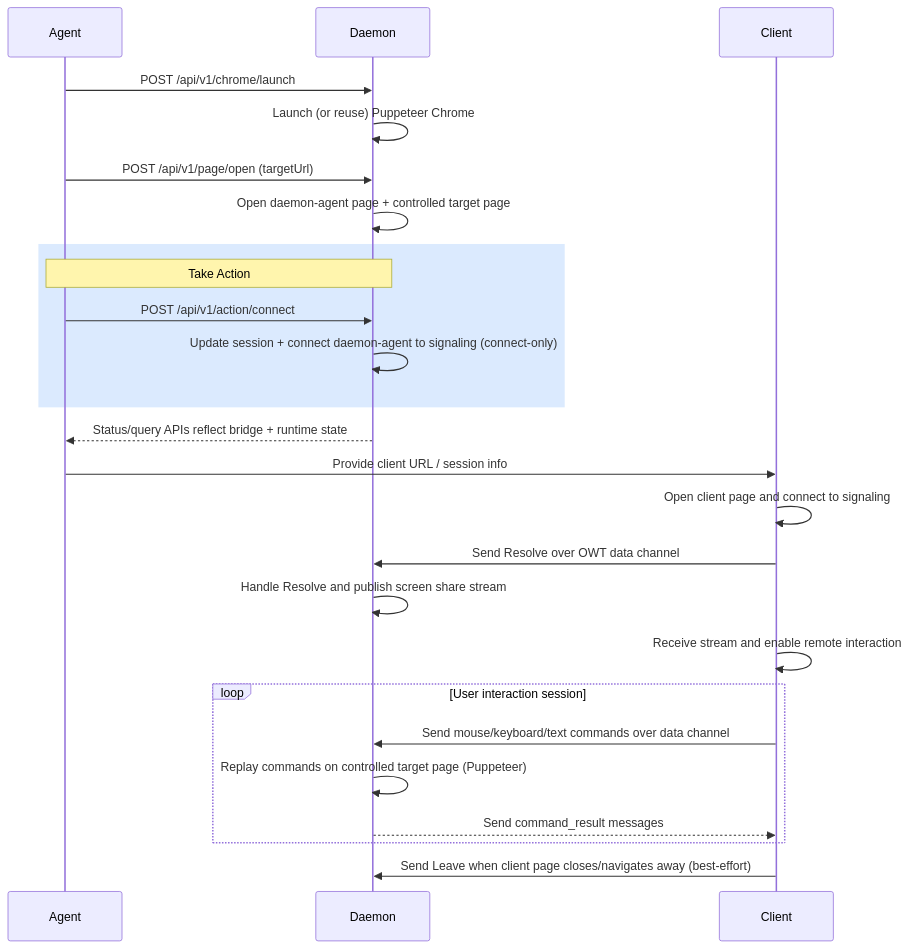
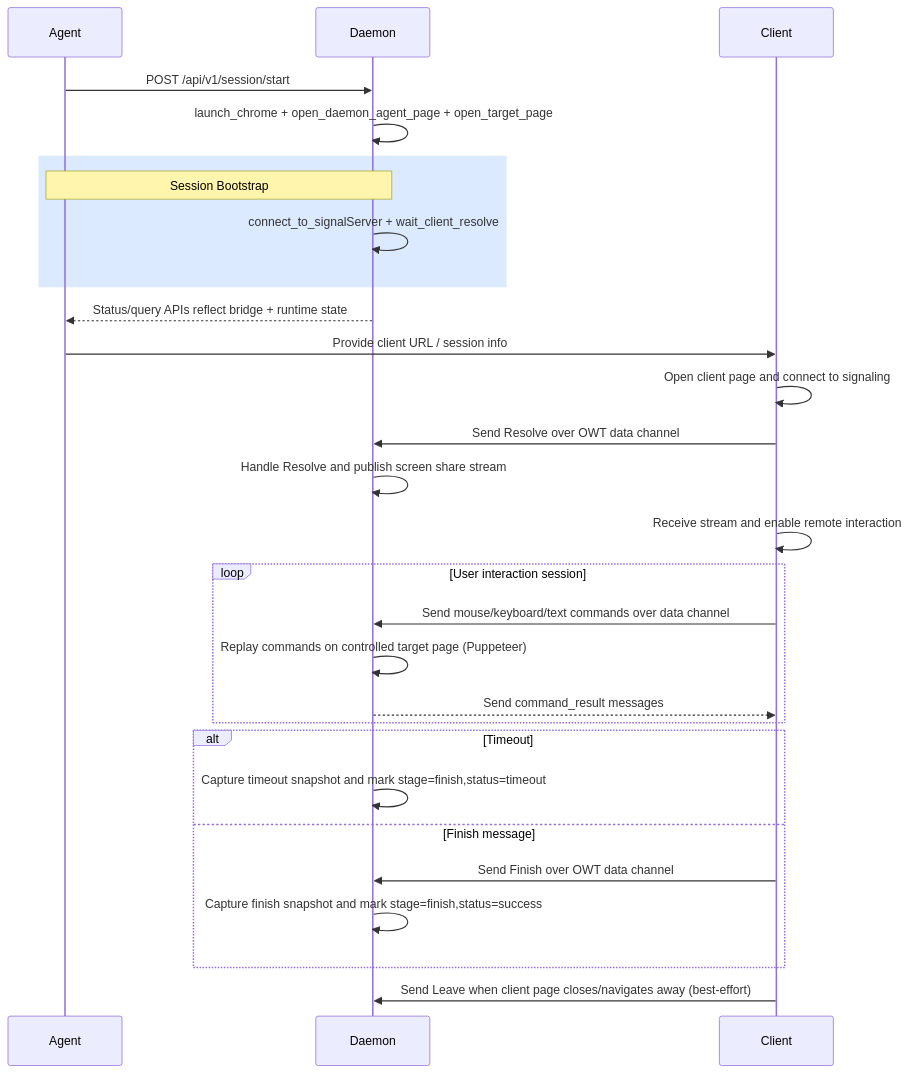
Before and after one commit to yzhou51/agentic-browser-lui: the diagram in README.md, drawn with Mermaid. The commit also changed other lines of this file and 7 other files, not shown here.

````diff
--- a/README.md
+++ b/README.md
@@ -85,34 +85,37 @@
 ```mermaid
 sequenceDiagram
 participant Agent
 participant Daemon
 participant Client
 
-Agent->>Daemon: POST /api/v1/chrome/launch
-Daemon->>Daemon: Launch (or reuse) Puppeteer Chrome
-
-Agent->>Daemon: POST /api/v1/page/open (targetUrl)
-Daemon->>Daemon: Open daemon-agent page + controlled target page
+Agent->>Daemon: POST /api/v1/session/start
+Daemon->>Daemon: launch_chrome + open_daemon_agent_page + open_target_page
 
 rect rgb(219, 234, 254)
-Note over Agent,Daemon: Take Action
-Agent->>Daemon: POST /api/v1/action/connect
-Daemon->>Daemon: Update session + connect daemon-agent to signaling (connect-only)
+Note over Agent,Daemon: Session Bootstrap
+Daemon->>Daemon: connect_to_signalServer + wait_client_resolve
 end
 Daemon-->>Agent: Status/query APIs reflect bridge + runtime state
 
 Agent->>Client: Provide client URL / session info
 Client->>Client: Open client page and connect to signaling
 Client->>Daemon: Send Resolve over OWT data channel
 Daemon->>Daemon: Handle Resolve and publish screen share stream
 Client->>Client: Receive stream and enable remote interaction
 
 loop User interaction session
 Client->>Daemon: Send mouse/keyboard/text commands over data channel
 Daemon->>Daemon: Replay commands on controlled target page (Puppeteer)
 Daemon-->>Client: Send command_result messages
 end
 
+alt Timeout
+Daemon->>Daemon: Capture timeout snapshot and mark stage=finish,status=timeout
+else Finish message
+Client->>Daemon: Send Finish over OWT data channel
+Daemon->>Daemon: Capture finish snapshot and mark stage=finish,status=success
+end
+
 Client->>Daemon: Send Leave when client page closes/navigates away (best-effort)
 
 ```
````
